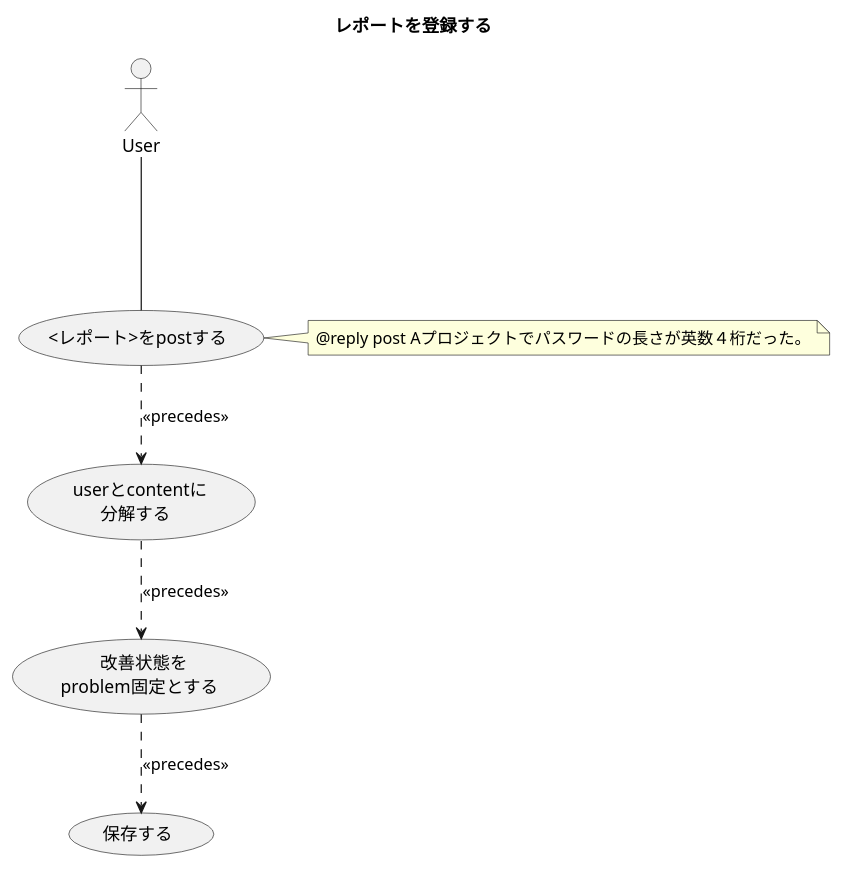
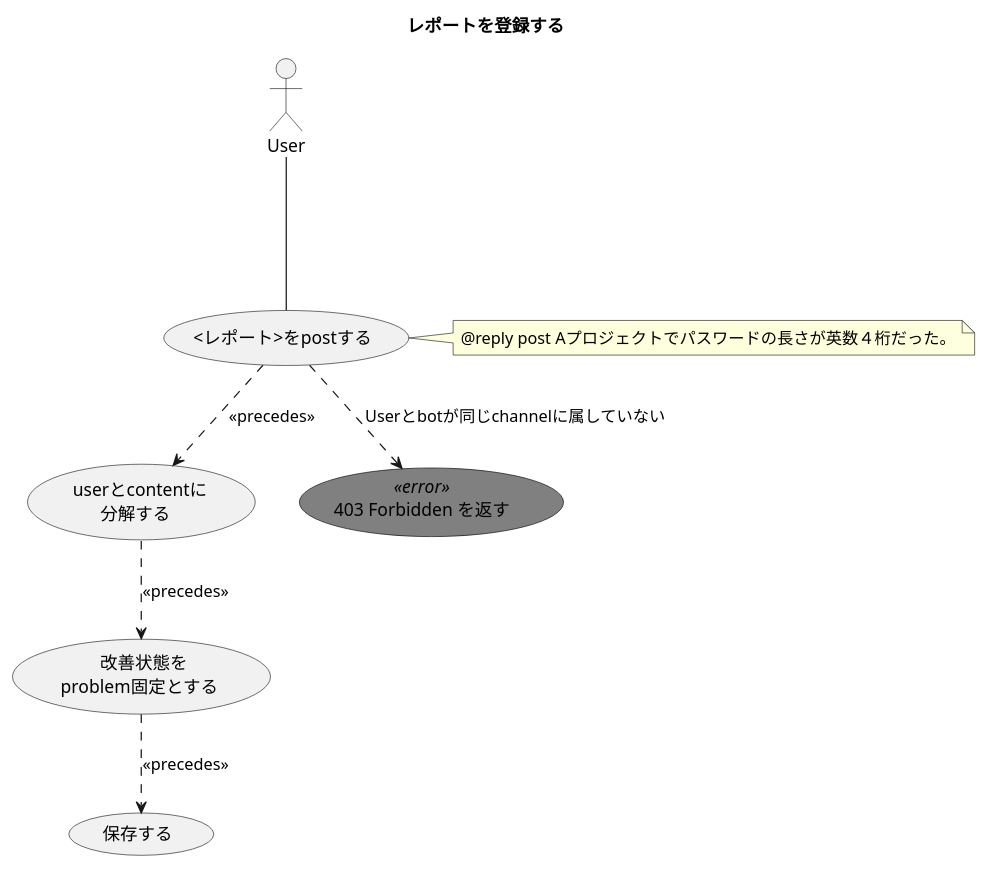
One commit to ito-masam/kpt-guard.doc changed the diagram in 1.design/2.usecases/post-report-new.md. Above: the diagram before and after it, drawn with PlantUML. The commit also changed 1 other file, not shown here.

Commit message:
ユースケースに代替コースを追記

```diff
--- a/1.design/2.usecases/post-report-new.md
+++ b/1.design/2.usecases/post-report-new.md
@@ -1,15 +1,25 @@
 @startuml
 
     title レポートを登録する
+
+    skinparam usecase {
+      BackgroundColor<<error>> gray
+      BorderColor<<error>> black
+    }
 
     actor User
     User --- ( <レポート>をpostする )
     ( <レポート>をpostする ) ..> ( userとcontentに\n分解する ) : << precedes >>
     ( userとcontentに\n分解する ) ..> ( 改善状態を\nproblem固定とする ) : << precedes >>
     ( 改善状態を\nproblem固定とする ) ..> ( 保存する ) : << precedes >>
 
+    ' alternative
+
+    ( 403 Forbidden を返す ) <<error>>
+    ( <レポート>をpostする ) ..> ( 403 Forbidden を返す ) : Userとbotが同じchannelに属していない
+
     note right of ( <レポート>をpostする )
       @reply post Aプロジェクトでパスワードの長さが英数４桁だった。
     end note
 
 @enduml
```
